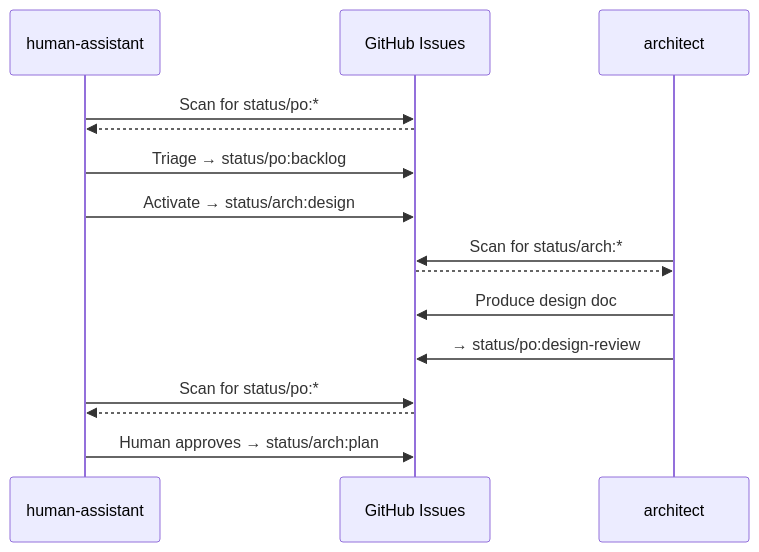
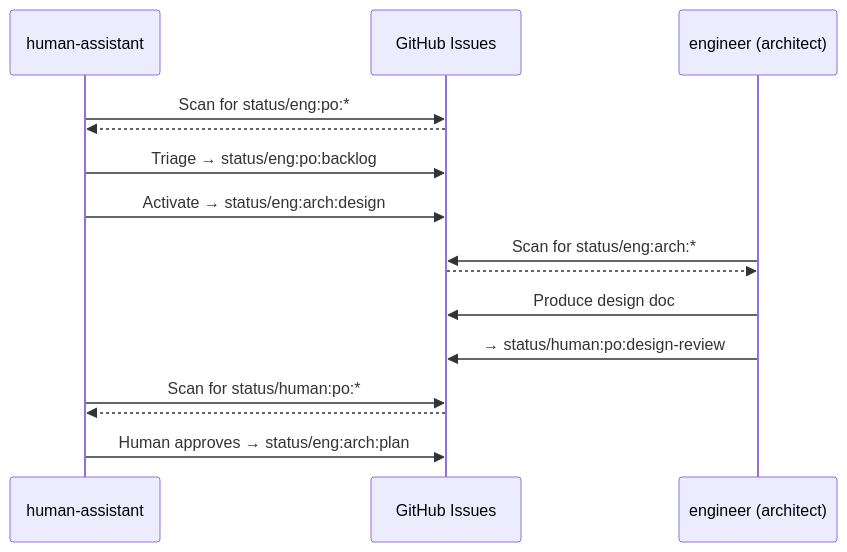
One commit to devguyio-bot-squad/botminter changed the diagram in docs/content/concepts/coordination-model.md. Above: the diagram before and after it, drawn with Mermaid. The commit also changed other lines of this file and 14 other files, not shown here.

````diff
--- a/docs/content/concepts/coordination-model.md
+++ b/docs/content/concepts/coordination-model.md
@@ -52,20 +53,20 @@
     ```mermaid
     sequenceDiagram
         participant HA as human-assistant
         participant Board as GitHub Issues
-        participant Arch as architect
+        participant Arch as engineer (architect)
 
-        HA->>Board: Scan for status/po:*
-        Board-->>HA: #42 at status/po:triage
-        HA->>Board: Triage → status/po:backlog
-        HA->>Board: Activate → status/arch:design
+        HA->>Board: Scan for status/eng:po:*
+        Board-->>HA: #42 at status/eng:po:triage
+        HA->>Board: Triage → status/eng:po:backlog
+        HA->>Board: Activate → status/eng:arch:design
 
-        Arch->>Board: Scan for status/arch:*
-        Board-->>Arch: #42 at status/arch:design
+        Arch->>Board: Scan for status/eng:arch:*
+        Board-->>Arch: #42 at status/eng:arch:design
         Arch->>Board: Produce design doc
-        Arch->>Board: → status/po:design-review
+        Arch->>Board: → status/human:po:design-review
 
-        HA->>Board: Scan for status/po:*
-        Board-->>HA: #42 at status/po:design-review
-        HA->>Board: Human approves → status/arch:plan
+        HA->>Board: Scan for status/human:po:*
+        Board-->>HA: #42 at status/human:po:design-review
+        HA->>Board: Human approves → status/eng:arch:plan
     ```
````
